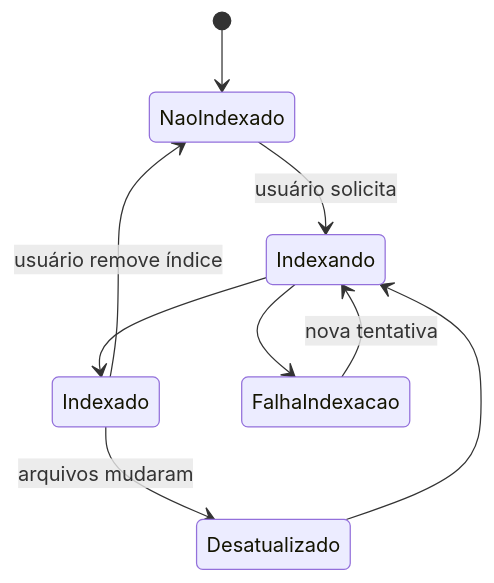
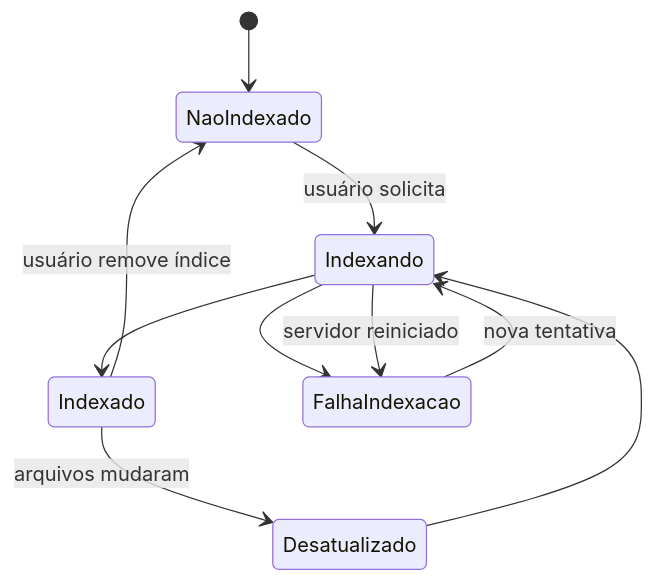
Before and after one commit to daniilooo/dev-tools-ai-suite: the fourth of 5 diagrams in vault/02_BUSINESS/STATE_MACHINES.md, drawn with Mermaid. The commit also changed other lines of this file and 15 other files, not shown here.

````diff
--- a/vault/02_BUSINESS/STATE_MACHINES.md
+++ b/vault/02_BUSINESS/STATE_MACHINES.md
@@ -76,11 +76,12 @@
 ```mermaid
 stateDiagram-v2
   [*] --> NaoIndexado
   NaoIndexado --> Indexando: usuário solicita
   Indexando --> Indexado
   Indexando --> FalhaIndexacao
   Indexado --> Desatualizado: arquivos mudaram
   Desatualizado --> Indexando
   Indexado --> NaoIndexado: usuário remove índice
   FalhaIndexacao --> Indexando: nova tentativa
+  Indexando --> FalhaIndexacao: servidor reiniciado
 ```
````
